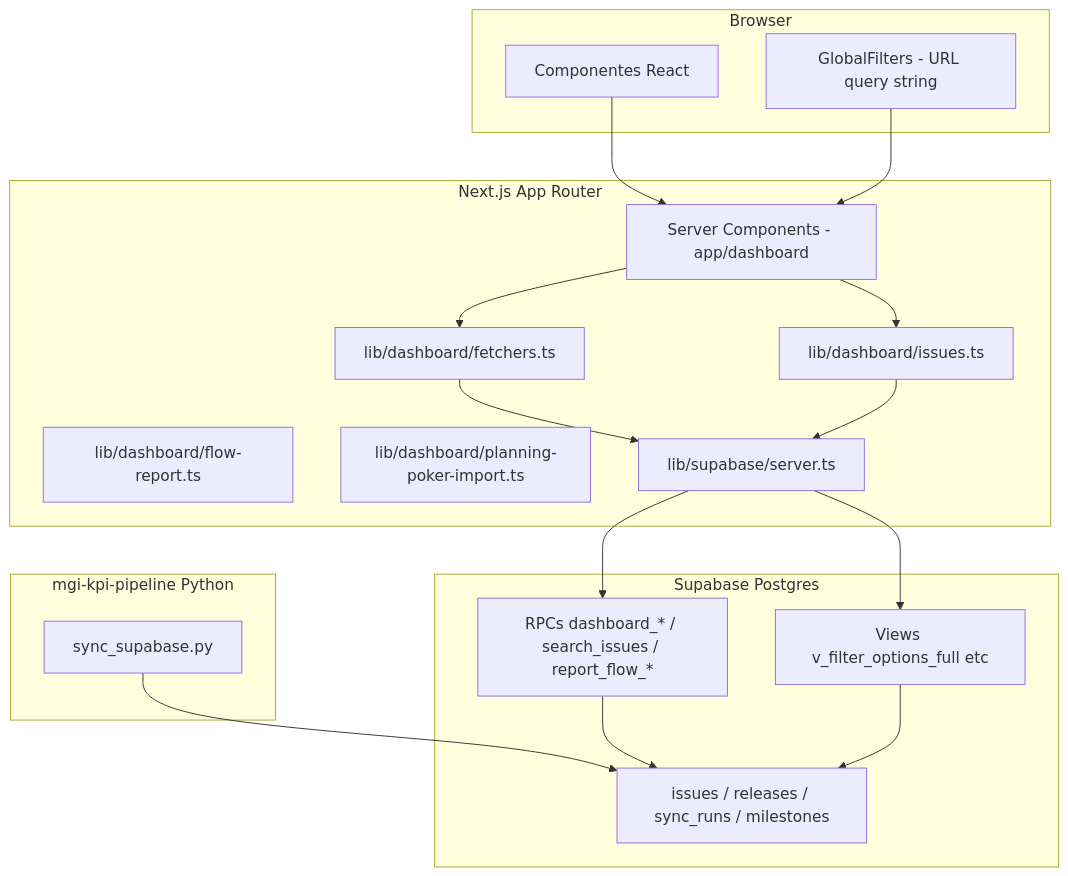
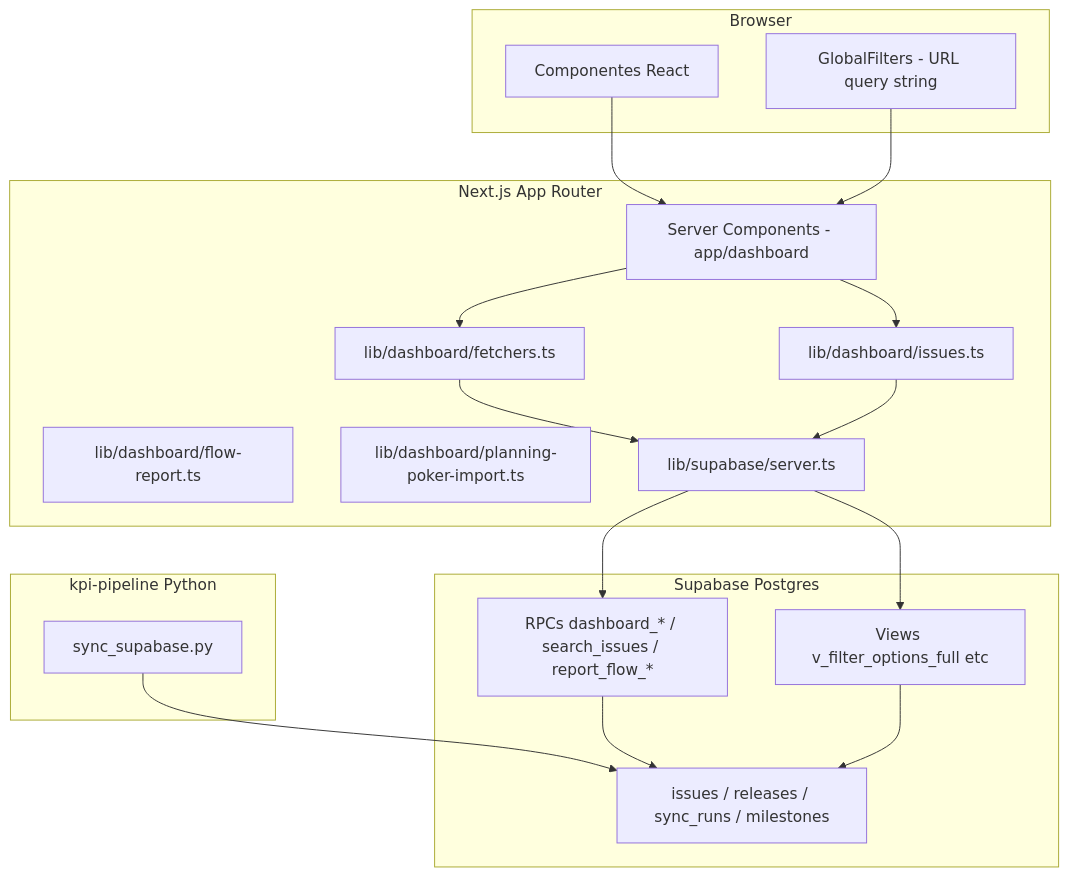
One commit to MariaHilmar/kpi-dashboard changed the first of 2 diagrams in docs/02-arquitetura.md. Above: the diagram before and after it, drawn with Mermaid. The commit also changed other lines of this file and 36 other files, not shown here.

````diff
--- a/docs/02-arquitetura.md
+++ b/docs/02-arquitetura.md
@@ -32,38 +32,38 @@
 ```mermaid
 flowchart TB
   subgraph browser [Browser]
     UI[Componentes React]
     Filters[GlobalFilters - URL query string]
   end
 
   subgraph next [Next.js App Router]
     Pages[Server Components - app/dashboard]
     Fetchers[lib/dashboard/fetchers.ts]
     FlowReport[lib/dashboard/flow-report.ts]
     IssuesLib[lib/dashboard/issues.ts]
     ImportLib[lib/dashboard/planning-poker-import.ts]
     SupaClient[lib/supabase/server.ts]
   end
 
   subgraph supabase [Supabase Postgres]
     RPC[RPCs dashboard_* / search_issues / report_flow_*]
     Views[Views v_filter_options_full etc]
     Tables[issues / releases / sync_runs / milestones]
   end
 
-  subgraph pipeline [mgi-kpi-pipeline Python]
+  subgraph pipeline [kpi-pipeline Python]
     Sync[sync_supabase.py]
   end
 
   UI --> Pages
   Filters --> Pages
   Pages --> Fetchers
   Pages --> IssuesLib
   Fetchers --> SupaClient
   IssuesLib --> SupaClient
   SupaClient --> RPC
   SupaClient --> Views
   Sync --> Tables
   RPC --> Tables
   Views --> Tables
 ```
````
